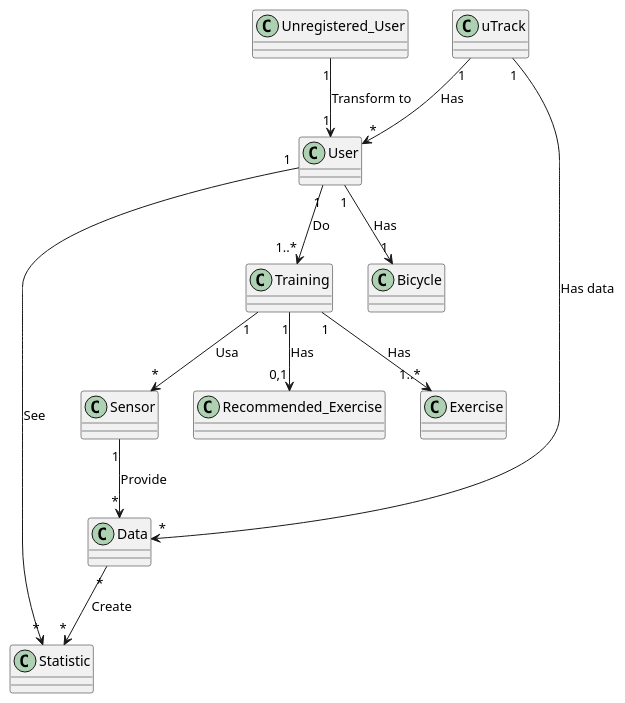
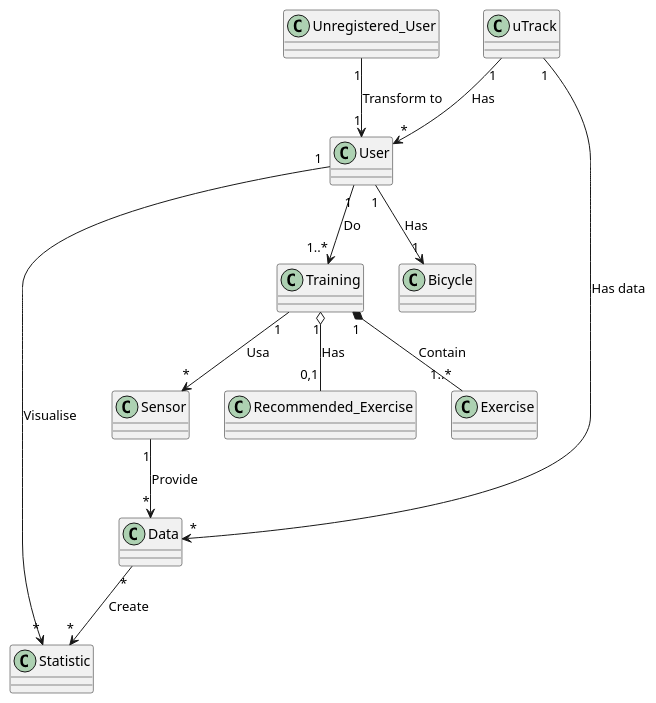
Before and after one commit to DanielYesteLopez/uTrack: the diagram in Domain_uTrack.puml, drawn with PlantUML. The commit also changed 2 other files, not shown here.

```diff
--- a/Domain_uTrack.puml
+++ b/Domain_uTrack.puml
@@ -1,36 +1,36 @@
 @startuml
 
 class Data {
 }
 class Statistic {
 }
 class Sensor {
 }
 class Training {
 }
 class Recommended_Exercise {
 }
 class Unregistered_User {
 }
 class uTrack {
 }
 class User {
 }
 class Bicycle {
 }
 class Exercise {
 }
 
 uTrack "1" --> "*" Data : "Has data"
 uTrack "1" --> "*" User : "Has"
 Data "*" --> "*" Statistic : "Create"
-User "1" --> "*" Statistic : "See"
+User "1" --> "*" Statistic : "Visualise"
 Unregistered_User "1" --> "1" User : "Transform to"
 User "1" --> "1" Bicycle : "Has"
 User "1" --> "1..*" Training : "Do"
-Training "1" --> "1..*" Exercise : "Has"
-Training "1" --> "0,1" Recommended_Exercise : "Has"
+Training "1" *-- "1..*" Exercise : "Contain"
+Training "1" o-- "0,1" Recommended_Exercise : "Has"
 Training "1" --> "*" Sensor : "Usa"
 Sensor "1" --> "*" Data : "Provide"
 
 @enduml
```
